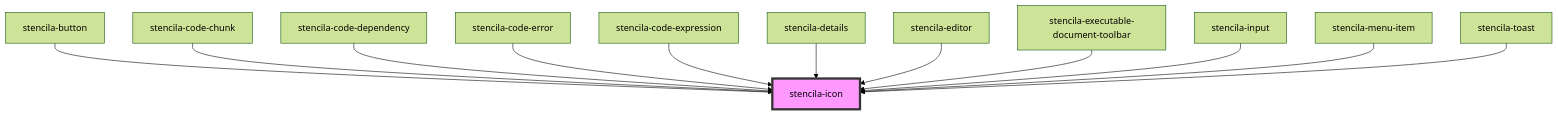
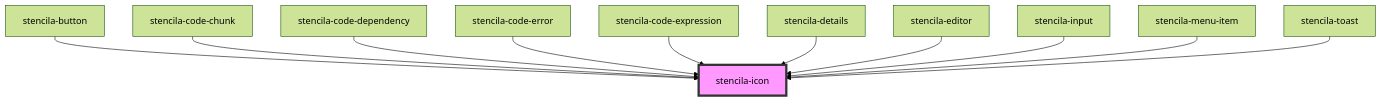
One commit to stencila/designa changed the diagram in packages/components/src/components/icon/readme.md. Above: the diagram before and after it, drawn with Mermaid (forest theme). The commit also changed other lines of this file and 16 other files, not shown here.

First line of the commit message:
refactor(Document Toolbar): Rename component

````diff
--- a/packages/components/src/components/icon/readme.md
+++ b/packages/components/src/components/icon/readme.md
@@ -32,15 +31,14 @@
 ```mermaid
 graph TD;
   stencila-button --> stencila-icon
   stencila-code-chunk --> stencila-icon
   stencila-code-dependency --> stencila-icon
   stencila-code-error --> stencila-icon
   stencila-code-expression --> stencila-icon
   stencila-details --> stencila-icon
   stencila-editor --> stencila-icon
-  stencila-executable-document-toolbar --> stencila-icon
   stencila-input --> stencila-icon
   stencila-menu-item --> stencila-icon
   stencila-toast --> stencila-icon
   style stencila-icon fill:#f9f,stroke:#333,stroke-width:4px
 ```
````
